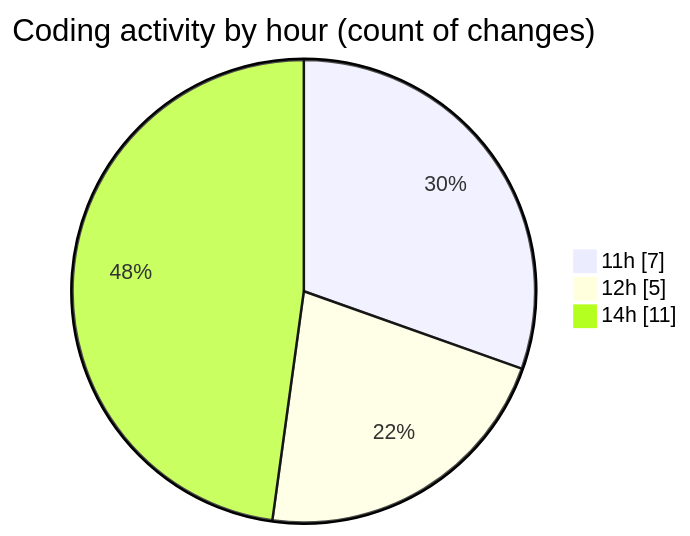
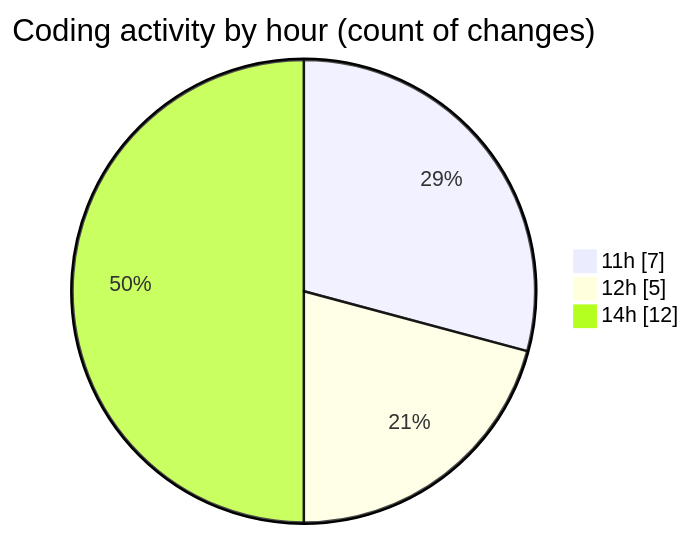
One commit to debugP/code-tracking changed the second of 2 diagrams in 2025-10-22/untitled__workspace_/README.md. Above: the diagram before and after it, drawn with Mermaid. The commit also changed other lines of this file and 1 other file, not shown here.

````diff
--- a/2025-10-22/untitled__workspace_/README.md
+++ b/2025-10-22/untitled__workspace_/README.md
@@ -28,7 +28,7 @@
 ```mermaid
 pie showData
 title Coding activity by hour (count of changes)
 "11h" : 7
 "12h" : 5
-"14h" : 11
+"14h" : 12
 ```
````
